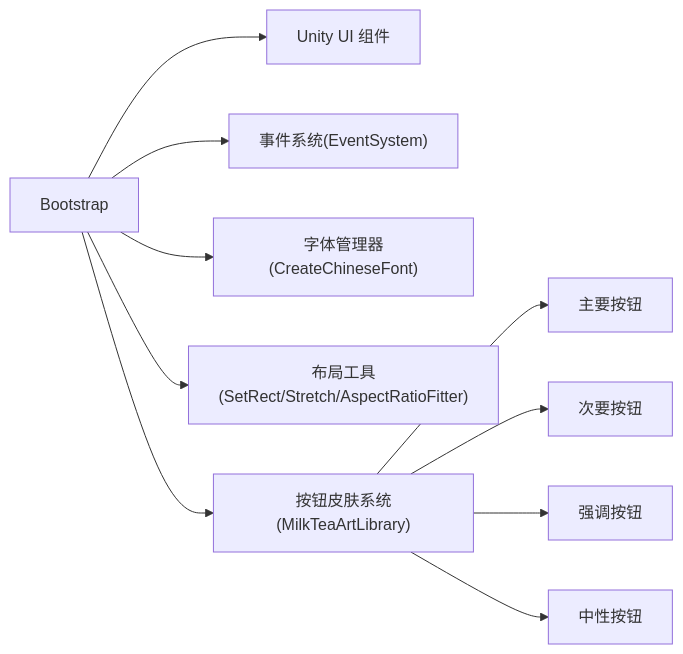
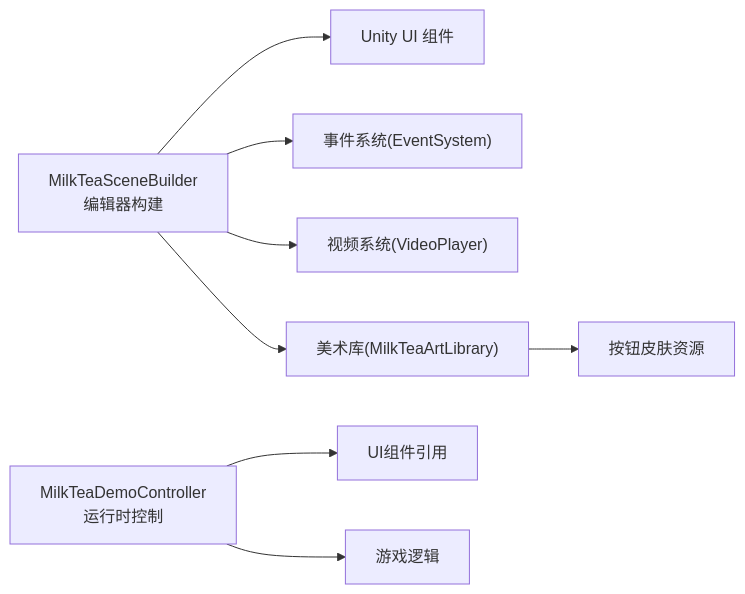
Before and after one commit to Thanatos42/-demo: the fourth of 4 diagrams in .qoder/repowiki/zh/content/核心系统详解/UI系统架构.md, drawn with Mermaid. The commit also changed other lines of this file and 77 other files, not shown here.

````diff
--- a/.qoder/repowiki/zh/content/核心系统详解/UI系统架构.md
+++ b/.qoder/repowiki/zh/content/核心系统详解/UI系统架构.md
@@ -325,12 +373,10 @@
 ```mermaid
 graph LR
-Boot["Bootstrap"] --> UI["Unity UI 组件"]
-Boot --> EVT["事件系统(EventSystem)"]
-Boot --> FONT["字体管理器(CreateChineseFont)"]
-Boot --> LAYOUT["布局工具(SetRect/Stretch/AspectRatioFitter)"]
-Boot --> SKIN["按钮皮肤系统(MilkTeaArtLibrary)"]
-SKIN --> PRIMARY["主要按钮"]
-SKIN --> SECONDARY["次要按钮"]
-SKIN --> ACCENT["强调按钮"]
-SKIN --> NEUTRAL["中性按钮"]
+Builder["MilkTeaSceneBuilder<br/>编辑器构建"] --> UnityUI["Unity UI 组件"]
+Builder --> EventSys["事件系统(EventSystem)"]
+Builder --> Video["视频系统(VideoPlayer)"]
+Builder --> ArtLib["美术库(MilkTeaArtLibrary)"]
+Controller["MilkTeaDemoController<br/>运行时控制"] --> UIRefs["UI组件引用"]
+Controller --> GameLogic["游戏逻辑"]
+ArtLib --> ButtonSkins["按钮皮肤资源"]
 ```
````
